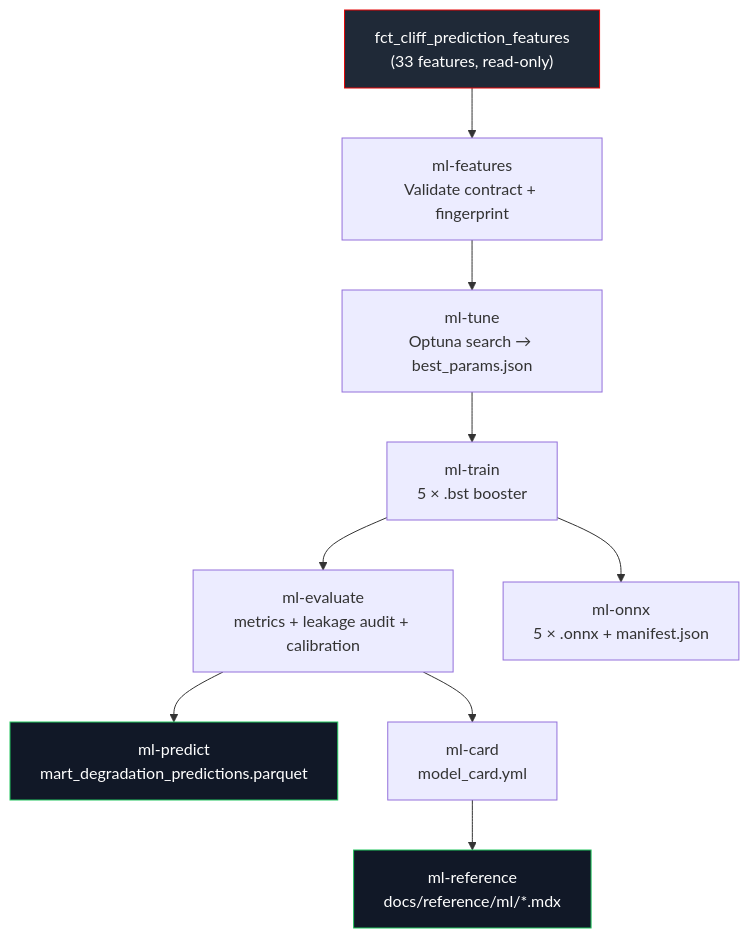
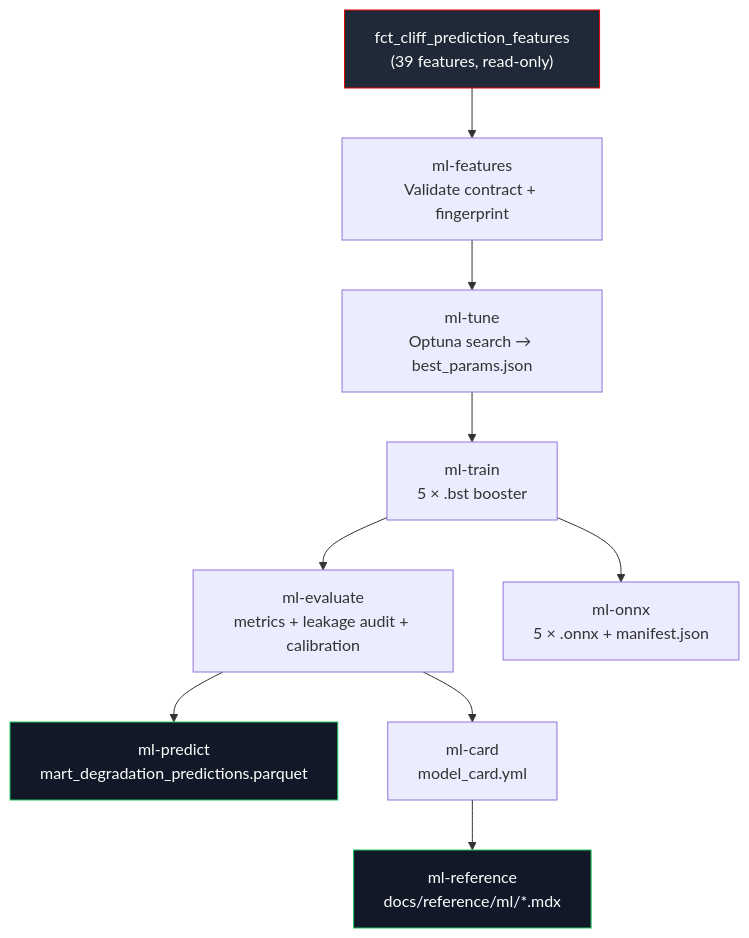
The diagram in docs/ml/pipeline.mdx (JustinClarke/off-the-pace), drawn with Mermaid before and after one commit. The commit also changed other lines of this file and 224 other files, not shown here.

````diff
--- a/docs/ml/pipeline.mdx
+++ b/docs/ml/pipeline.mdx
@@ -23,17 +23,17 @@
 ```mermaid
 flowchart TD
-    A["fct_cliff_prediction_features\n(33 features, read-only)"]
+    A["fct_cliff_prediction_features\n(39 features, read-only)"]
     A --> S1["ml-features\nValidate contract + fingerprint"]
     S1 --> S2["ml-tune\nOptuna search → best_params.json"]
     S2 --> S3["ml-train\n5 × .bst booster"]
     S3 --> S4["ml-evaluate\nmetrics + leakage audit + calibration"]
     S4 --> S5["ml-predict\nmart_degradation_predictions.parquet"]
     S3 --> S6["ml-onnx\n5 × .onnx + manifest.json"]
     S4 --> S7["ml-card\nmodel_card.yml"]
     S7 --> S8["ml-reference\ndocs/reference/ml/*.mdx"]
 
     classDef mart fill:#1f2937,stroke:#e40404,color:#fff;
     classDef output fill:#111827,stroke:#22c55e,color:#fff;
     class A mart;
     class S5,S8 output;
 ```
````
